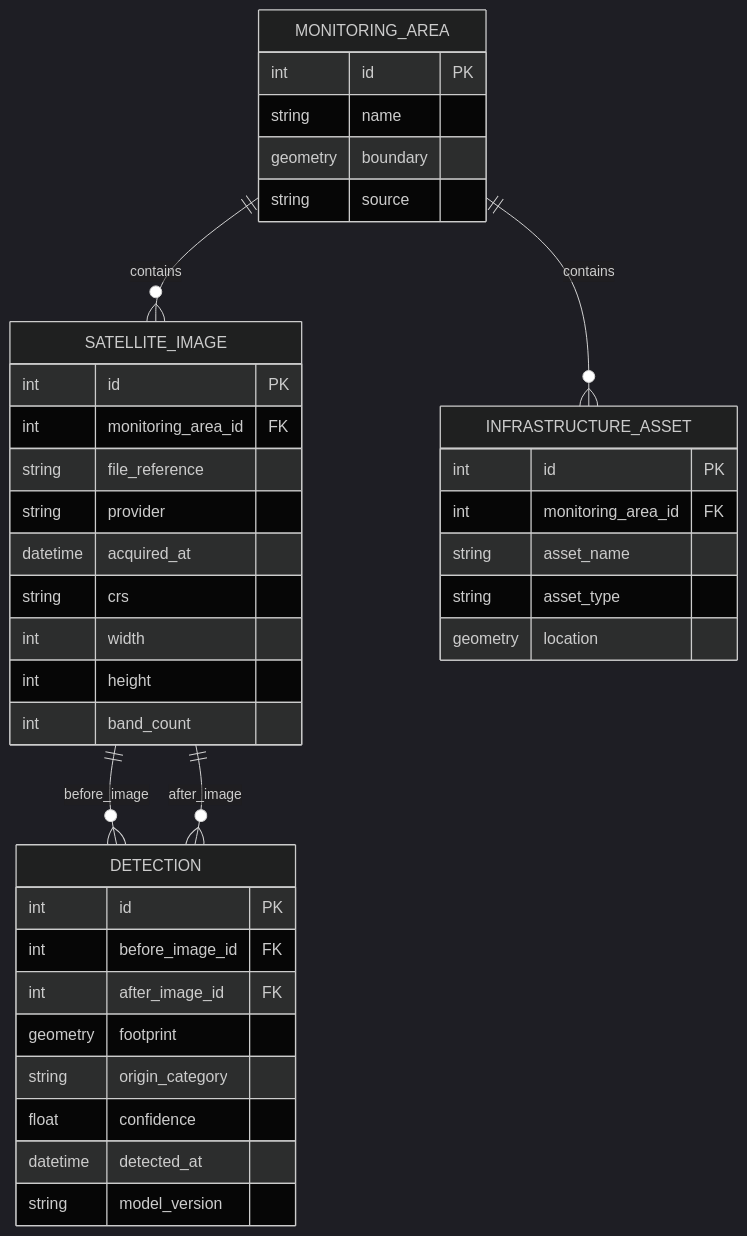
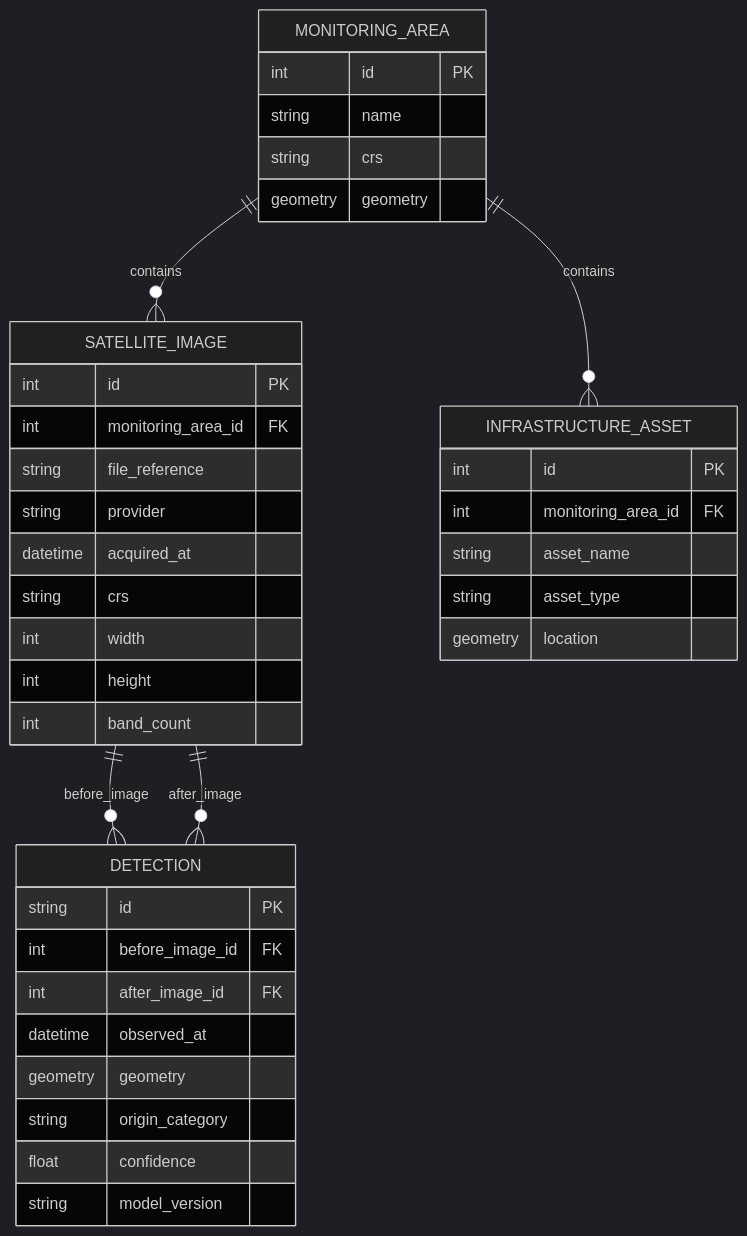
The diagram in docs/architecture/database_erd.md (Sandy2797/Space-Based-Infrastructure-Intelligence-Platform), drawn with Mermaid (dark theme) before and after one commit. The commit also changed other lines of this file and 2 other files, not shown here.

````diff
--- a/docs/architecture/database_erd.md
+++ b/docs/architecture/database_erd.md
@@ -23,45 +23,45 @@
 ```mermaid
 erDiagram
     MONITORING_AREA ||--o{ SATELLITE_IMAGE : contains
     MONITORING_AREA ||--o{ INFRASTRUCTURE_ASSET : contains
     SATELLITE_IMAGE ||--o{ DETECTION : before_image
     SATELLITE_IMAGE ||--o{ DETECTION : after_image
 
     MONITORING_AREA {
         int id PK
         string name
-        geometry boundary
-        string source
+        string crs
+        geometry geometry
     }
 
     SATELLITE_IMAGE {
         int id PK
         int monitoring_area_id FK
         string file_reference
         string provider
         datetime acquired_at
         string crs
         int width
         int height
         int band_count
     }
 
     INFRASTRUCTURE_ASSET {
         int id PK
         int monitoring_area_id FK
         string asset_name
         string asset_type
         geometry location
     }
 
     DETECTION {
-        int id PK
+        string id PK
         int before_image_id FK
         int after_image_id FK
-        geometry footprint
+        datetime observed_at
+        geometry geometry
         string origin_category
         float confidence
-        datetime detected_at
         string model_version
     }
 ```
````
